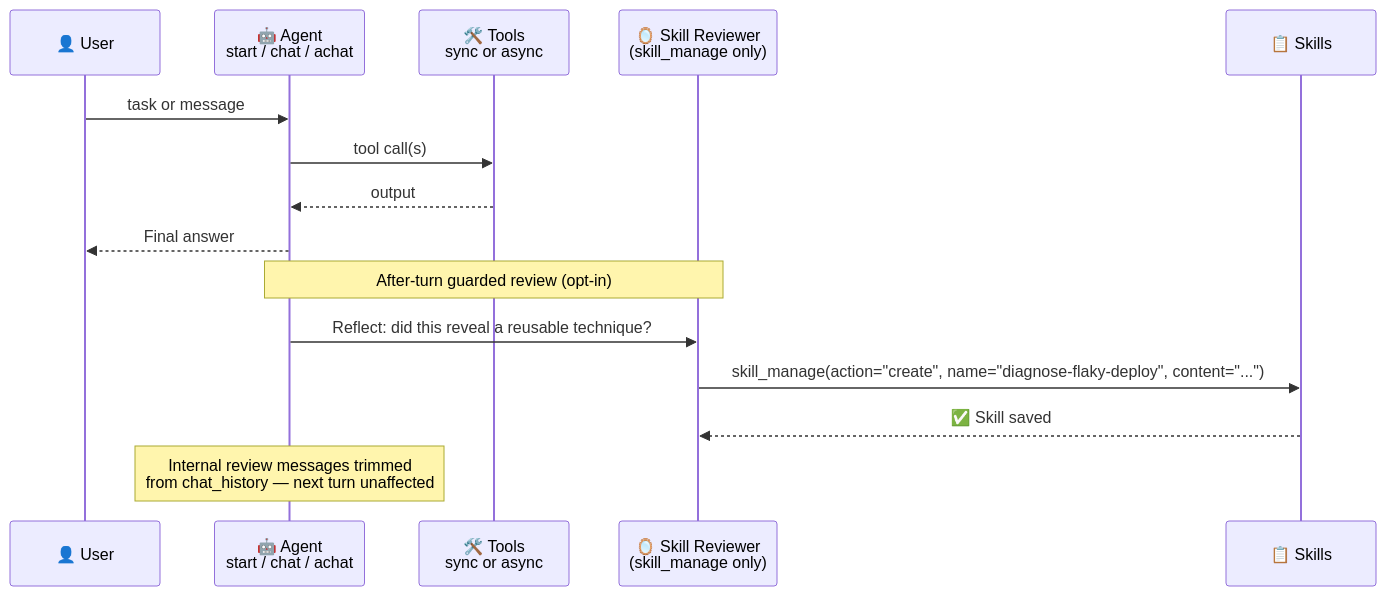
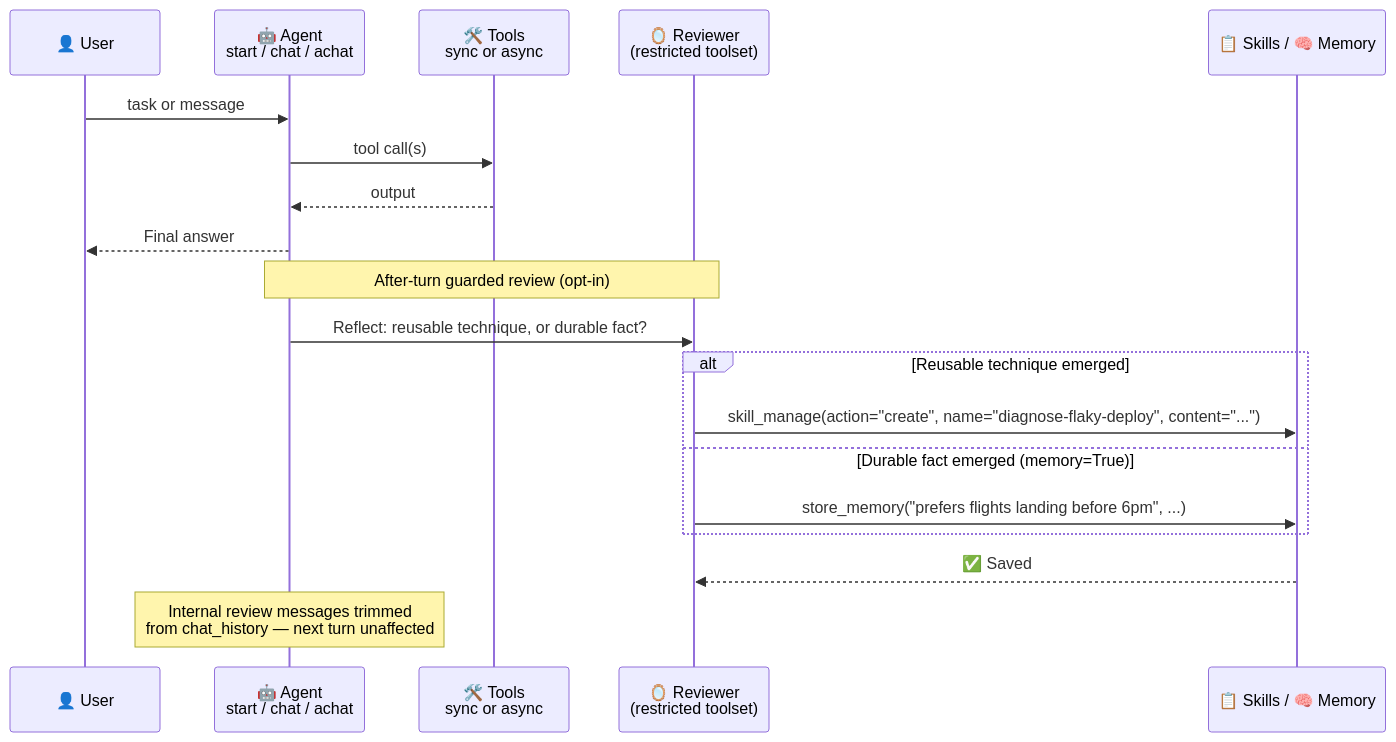
One commit to MervinPraison/PraisonAIDocs changed the second of 5 diagrams in docs/features/self-improve.mdx. Above: the diagram before and after it, drawn with Mermaid. The commit also changed other lines of this file and 1 other file, not shown here.

First line of the commit message:
docs: guarded self-improve review now also persists memory via store_memory (fixes #3019)

````diff
--- a/docs/features/self-improve.mdx
+++ b/docs/features/self-improve.mdx
@@ -174,18 +202,22 @@
 ```mermaid
 sequenceDiagram
     participant U as 👤 User
     participant A as 🤖 Agent<br/>start / chat / achat
     participant T as 🛠️ Tools<br/>sync or async
-    participant R as 🪞 Skill Reviewer<br/>(skill_manage only)
-    participant S as 📋 Skills
+    participant R as 🪞 Reviewer<br/>(restricted toolset)
+    participant S as 📋 Skills / 🧠 Memory
 
     U->>A: task or message
     A->>T: tool call(s)
     T-->>A: output
     A-->>U: Final answer
     Note over A,R: After-turn guarded review (opt-in)
-    A->>R: Reflect: did this reveal a reusable technique?
-    R->>S: skill_manage(action="create", name="diagnose-flaky-deploy", content="...")
-    S-->>R: ✅ Skill saved
+    A->>R: Reflect: reusable technique, or durable fact?
+    alt Reusable technique emerged
+        R->>S: skill_manage(action="create", name="diagnose-flaky-deploy", content="...")
+    else Durable fact emerged (memory=True)
+        R->>S: store_memory("prefers flights landing before 6pm", ...)
+    end
+    S-->>R: ✅ Saved
     Note over A: Internal review messages trimmed<br/>from chat_history — next turn unaffected
 ```
````
